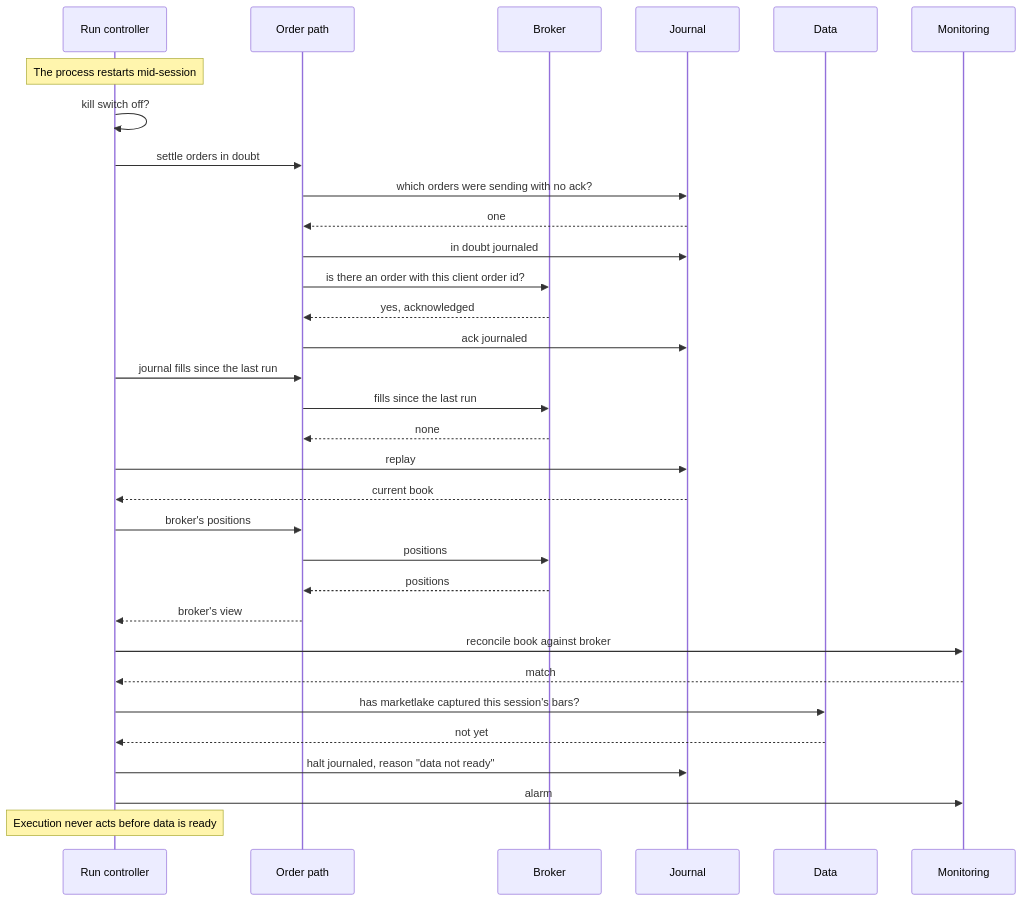
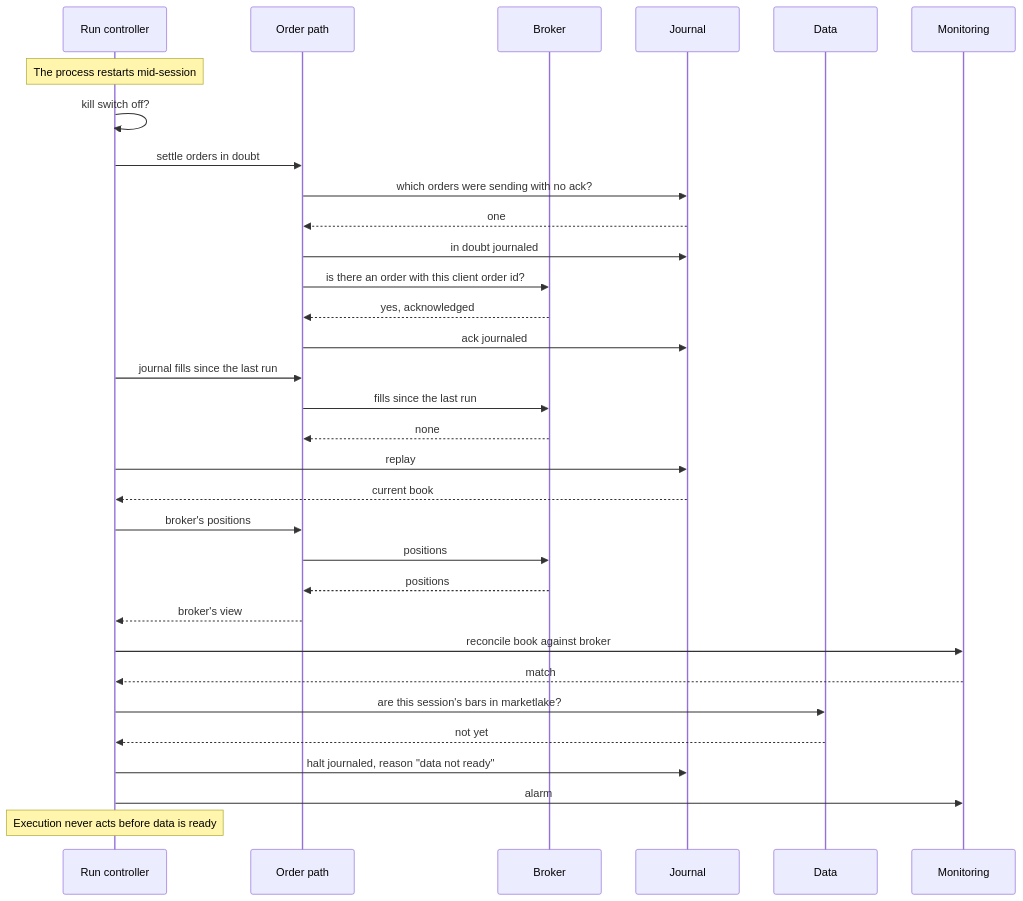
Before and after one commit to l3a0/ithildin-runtime: the sixth of 16 diagrams in docs/architecture.md, drawn with Mermaid. The commit also changed other lines of this file, not shown here.

First line of the commit message:
docs(architecture): fix the lookback, capture status and close timing

````diff
--- a/docs/architecture.md
+++ b/docs/architecture.md
@@ -487,35 +495,35 @@
 ```mermaid
 sequenceDiagram
     participant R as Run controller
     participant X as Order path
     participant B as Broker
     participant J as Journal
     participant D as Data
     participant M as Monitoring
 
     Note over R: The process restarts mid-session
     R->>R: kill switch off?
     R->>X: settle orders in doubt
     X->>J: which orders were sending with no ack?
     J-->>X: one
     X->>J: in doubt journaled
     X->>B: is there an order with this client order id?
     B-->>X: yes, acknowledged
     X->>J: ack journaled
     R->>X: journal fills since the last run
     X->>B: fills since the last run
     B-->>X: none
     R->>J: replay
     J-->>R: current book
     R->>X: broker's positions
     X->>B: positions
     B-->>X: positions
     X-->>R: broker's view
     R->>M: reconcile book against broker
     M-->>R: match
-    R->>D: has marketlake captured this session's bars?
+    R->>D: are this session's bars in marketlake?
     D-->>R: not yet
     R->>J: halt journaled, reason "data not ready"
     R->>M: alarm
     Note over R: Execution never acts before data is ready
 ```
````
